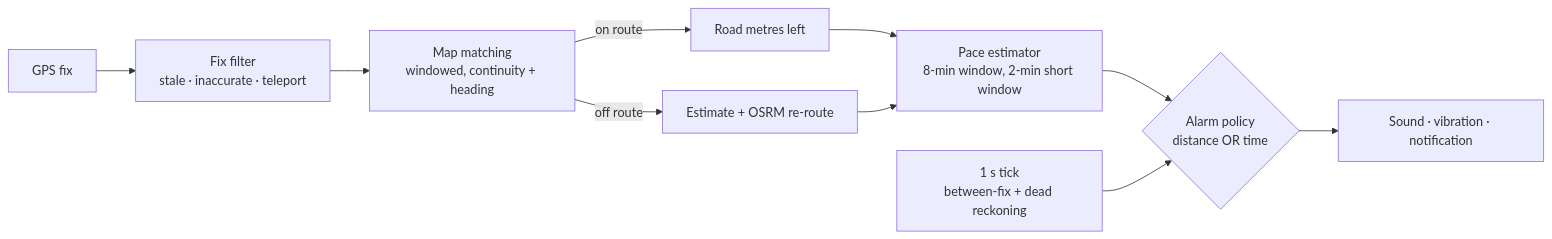
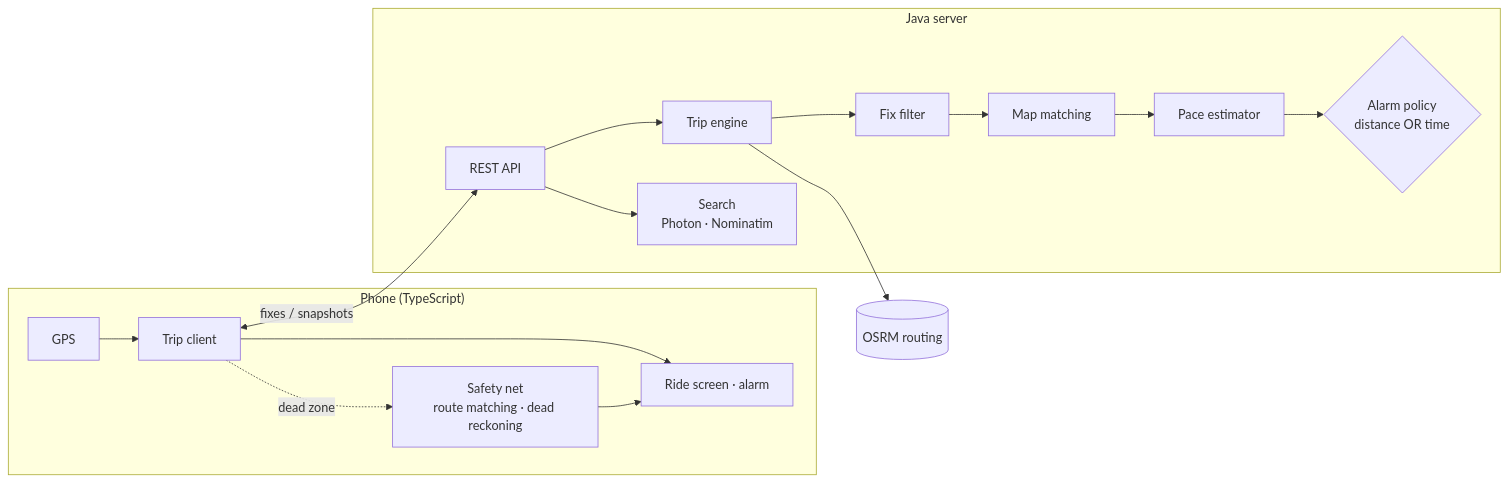
One commit to chauhansachin13/hibernate-express changed the diagram in README.md. Above: the diagram before and after it, drawn with Mermaid. The commit also changed other lines of this file and 129 other files, not shown here.

First line of the commit message:
Rebuild on a Java backend with a phone-first app

````diff
--- a/README.md
+++ b/README.md
@@ -36,12 +77,16 @@
 ```mermaid
 flowchart LR
-  GPS[GPS fix] --> F[Fix filter<br/>stale · inaccurate · teleport]
-  F --> M[Map matching<br/>windowed, continuity + heading]
-  M -->|on route| R[Road metres left]
-  M -->|off route| X[Estimate + OSRM re-route]
-  R --> P[Pace estimator<br/>8-min window, 2-min short window]
-  X --> P
-  P --> A{Alarm policy<br/>distance OR time}
-  T[1 s tick<br/>between-fix + dead reckoning] --> A
-  A --> S[Sound · vibration · notification]
+  subgraph Phone["Phone (TypeScript)"]
+    GPS[GPS] --> TC[Trip client]
+    TC --> UI[Ride screen · alarm]
+    TC -. dead zone .-> SN[Safety net<br/>route matching · dead reckoning]
+    SN --> UI
+  end
+  subgraph Server["Java server"]
+    API[REST API] --> E[Trip engine]
+    E --> FF[Fix filter] --> MM[Map matching] --> PE[Pace estimator] --> AP{Alarm policy<br/>distance OR time}
+    API --> S[Search<br/>Photon · Nominatim]
+  end
+  TC <-->|fixes / snapshots| API
+  E --> OSRM[(OSRM routing)]
 ```
````
